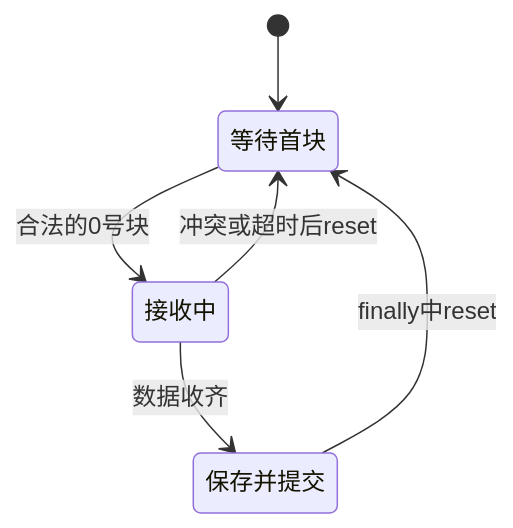
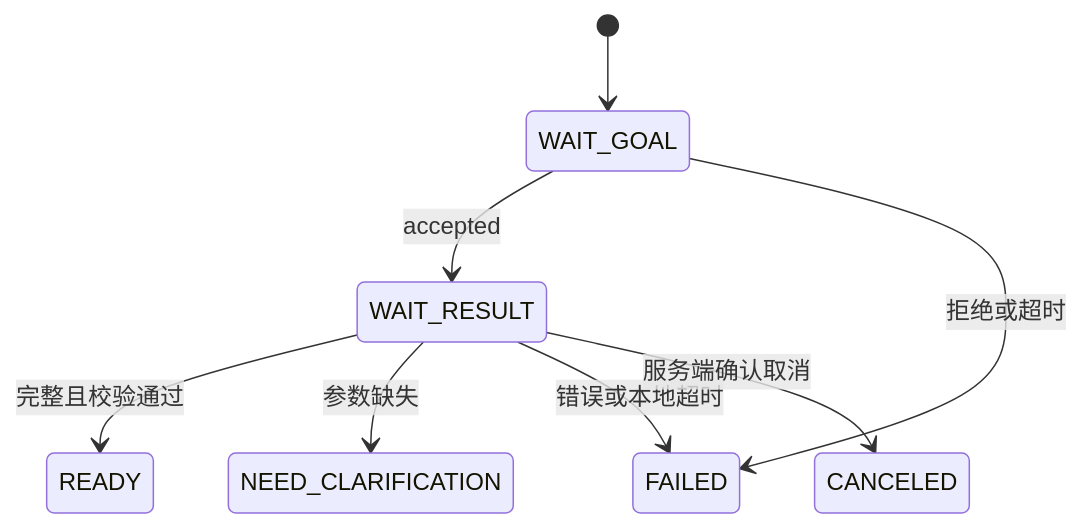
The second of 2 diagrams in docs/知识点/第二周/接口调用工程师｜第二周专业知识自学清单.md (dreamcather726/ai-interaction-ui), drawn with Mermaid before and after one commit. The commit also changed other lines of this file and 11 other files, not shown here.

````diff
--- a/docs/知识点/第二周/接口调用工程师｜第二周专业知识自学清单.md
+++ b/docs/知识点/第二周/接口调用工程师｜第二周专业知识自学清单.md
@@ -272,8 +242,10 @@
 ```mermaid
 stateDiagram-v2
-    [*] --> 等待首块
-    等待首块 --> 接收中: 合法的0号块
-    接收中 --> 保存并提交: 数据收齐
-    接收中 --> 等待首块: 冲突或超时后reset
-    保存并提交 --> 等待首块: finally中reset
+    [*] --> WAIT_GOAL
+    WAIT_GOAL --> WAIT_RESULT: accepted
+    WAIT_GOAL --> FAILED: 拒绝或超时
+    WAIT_RESULT --> READY: 完整且校验通过
+    WAIT_RESULT --> NEED_CLARIFICATION: 参数缺失
+    WAIT_RESULT --> FAILED: 错误或本地超时
+    WAIT_RESULT --> CANCELED: 服务端确认取消
 ```
````
